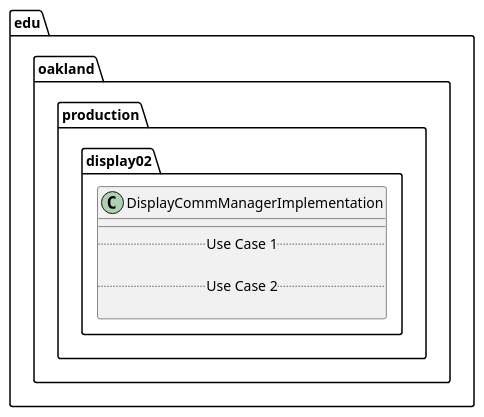
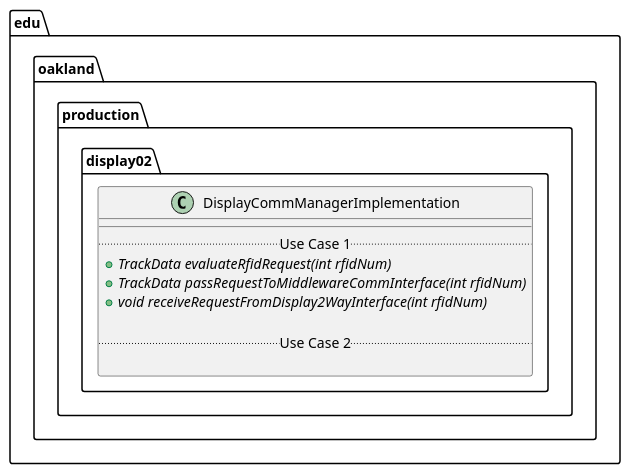
The diagram in docs/uml-class-diagrams/display02/production/DisplayCommManagerImplementation/DisplayCommManagerImplementation.puml (andrewdimmer/csi-3370-software-project), drawn with PlantUML before and after one commit.

Commit message:
Added DisplayCommManager UML Class Diagram

```diff
--- a/docs/uml-class-diagrams/display02/production/DisplayCommManagerImplementation/DisplayCommManagerImplementation.puml
+++ b/docs/uml-class-diagrams/display02/production/DisplayCommManagerImplementation/DisplayCommManagerImplementation.puml
@@ -1,13 +1,16 @@
 @startuml DisplayCommManagerImplementation
 
 package edu.oakland.production.display02 {
     class DisplayCommManagerImplementation {
         __
         .. Use Case 1 ..
+        {abstract} + TrackData evaluateRfidRequest(int rfidNum)
+        {abstract} + TrackData passRequestToMiddlewareCommInterface(int rfidNum)
+        {abstract} + void receiveRequestFromDisplay2WayInterface(int rfidNum)
 
         .. Use Case 2 ..
 
     }
 }
 
 @enduml
```
